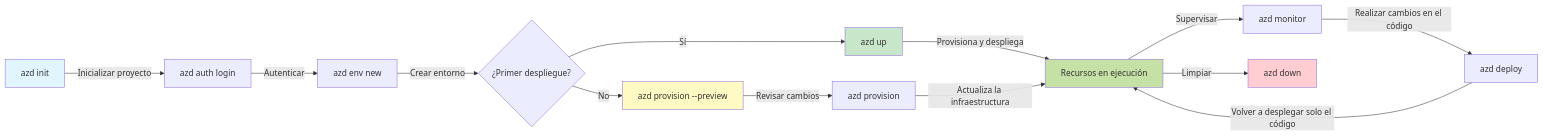
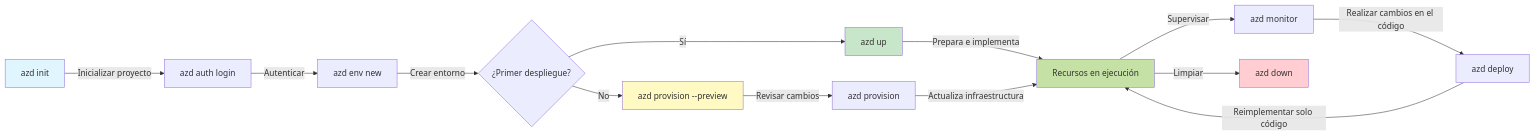
One commit to microsoft/AZD-for-beginners changed the first of 2 diagrams in translations/es/docs/chapter-01-foundation/azd-basics.md. Above: the diagram before and after it, drawn with Mermaid. The commit also changed other lines of this file and 104 other files, not shown here.

````diff
--- a/translations/es/docs/chapter-01-foundation/azd-basics.md
+++ b/translations/es/docs/chapter-01-foundation/azd-basics.md
@@ -269,21 +269,21 @@
 ```mermaid
 graph LR
     A[azd init] -->|Inicializar proyecto| B[azd auth login]
     B -->|Autenticar| C[azd env new]
     C -->|Crear entorno| D{¿Primer despliegue?}
     D -->|Sí| E[azd up]
     D -->|No| F[azd provision --preview]
     F -->|Revisar cambios| G[azd provision]
-    E -->|Provisiona y despliega| H[Recursos en ejecución]
-    G -->|Actualiza la infraestructura| H
+    E -->|Prepara e implementa| H[Recursos en ejecución]
+    G -->|Actualiza infraestructura| H
     H -->|Supervisar| I[azd monitor]
     I -->|Realizar cambios en el código| J[azd deploy]
-    J -->|Volver a desplegar solo el código| H
+    J -->|Reimplementar solo código| H
     H -->|Limpiar| K[azd down]
     
     style A fill:#e1f5fe
     style E fill:#c8e6c9
     style F fill:#fff9c4
     style H fill:#c5e1a5
     style K fill:#ffcdd2
 ```
````
